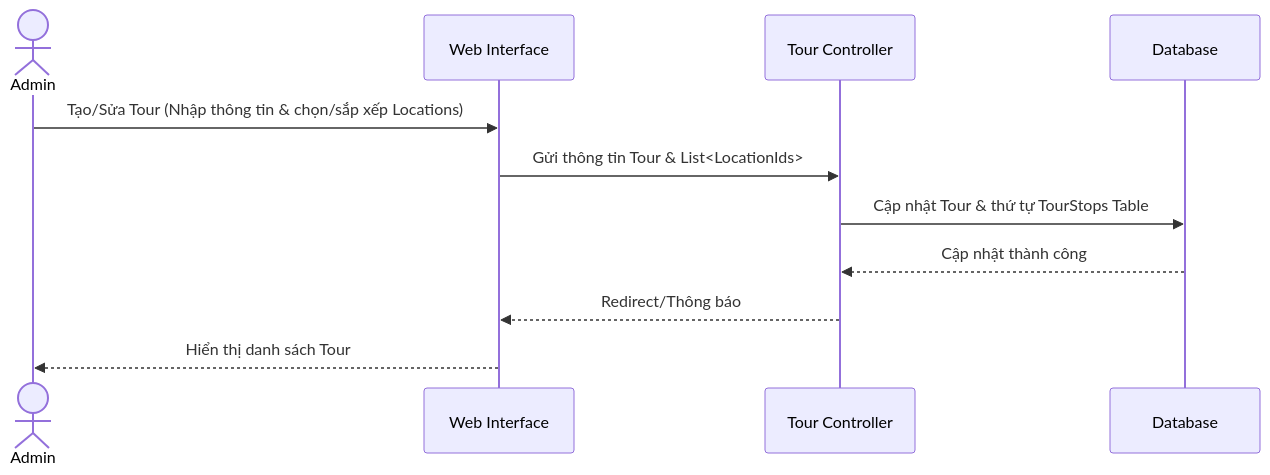
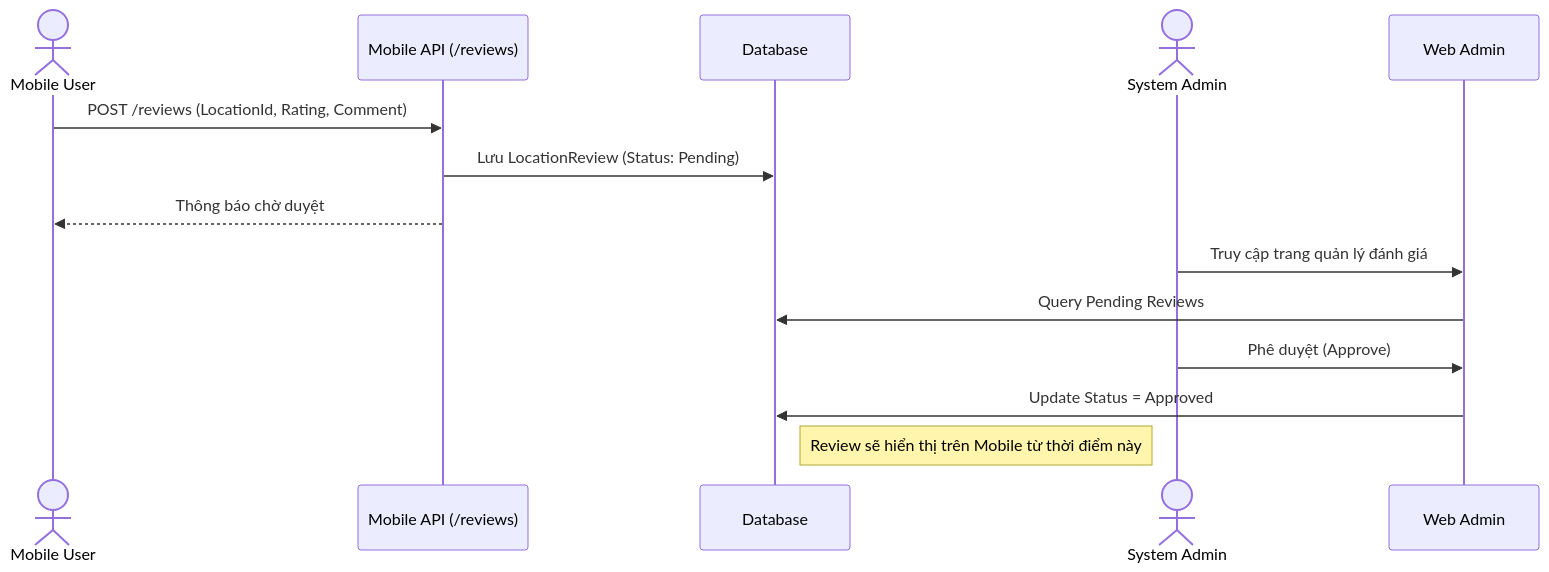
One commit to CuongNguyen-0712/AudioLife changed the seventh of 11 diagrams in system_sequence_diagrams.md. Above: the diagram before and after it, drawn with Mermaid. The commit also changed other lines of this file and 392 other files, not shown here.

````diff
--- a/system_sequence_diagrams.md
+++ b/system_sequence_diagrams.md
@@ -113,14 +156,18 @@
 ```mermaid
 sequenceDiagram
-    actor Admin
-    participant Web as Web Interface
-    participant TourCtrl as Tour Controller
+    actor User as Mobile User
+    participant API as Mobile API (/reviews)
     participant DB as Database
+    actor Admin as System Admin
+    participant Web as Web Admin
+
+    User->>API: POST /reviews (LocationId, Rating, Comment)
+    API->>DB: Lưu LocationReview (Status: Pending)
+    API-->>User: Thông báo chờ duyệt
     
-    Admin->>Web: Tạo/Sửa Tour (Nhập thông tin & chọn/sắp xếp Locations)
-    Web->>TourCtrl: Gửi thông tin Tour & List<LocationIds>
-    TourCtrl->>DB: Cập nhật Tour & thứ tự TourStops Table
-    DB-->>TourCtrl: Cập nhật thành công
-    TourCtrl-->>Web: Redirect/Thông báo
-    Web-->>Admin: Hiển thị danh sách Tour
+    Admin->>Web: Truy cập trang quản lý đánh giá
+    Web->>DB: Query Pending Reviews
+    Admin->>Web: Phê duyệt (Approve)
+    Web->>DB: Update Status = Approved
+    Note right of DB: Review sẽ hiển thị trên Mobile từ thời điểm này
 ```
````
